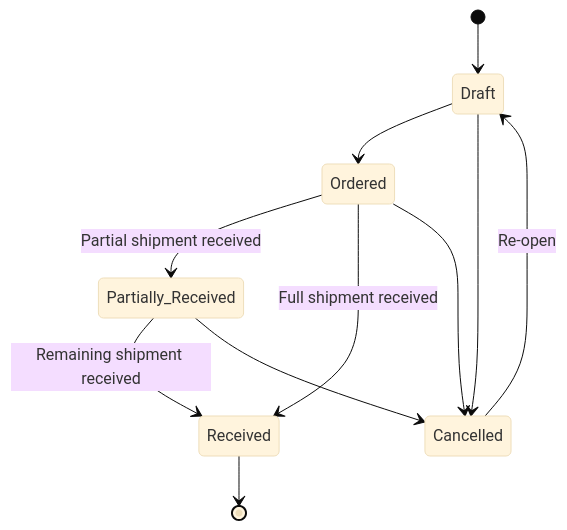
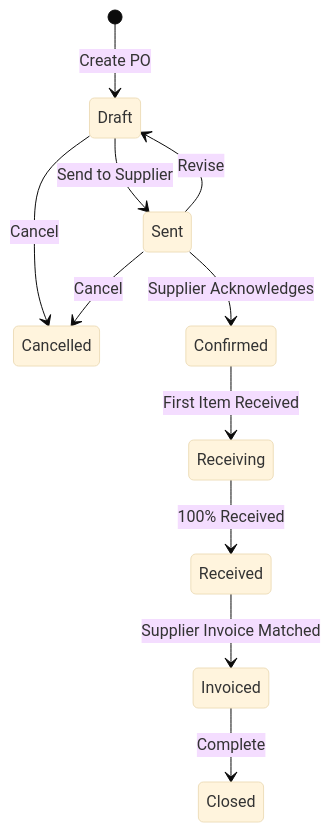
Before and after one commit to herobmdotcom/herobm: the diagram in docs/user/purchase_order_management.md, drawn with Mermaid (base theme). The commit also changed other lines of this file and 57 other files, not shown here.

````diff
--- a/docs/user/purchase_order_management.md
+++ b/docs/user/purchase_order_management.md
@@ -50,13 +48,15 @@
 ```mermaid
 stateDiagram-v2
-    [*] --> Draft
-    Draft --> Ordered
-    Draft --> Cancelled
-    Ordered --> Partially_Received : Partial shipment received
-    Ordered --> Received : Full shipment received
-    Ordered --> Cancelled
-    Partially_Received --> Received : Remaining shipment received
-    Partially_Received --> Cancelled
-    Received --> [*]
-    Cancelled --> Draft : Re-open
+    [*] --> Draft : Create PO
+    Draft --> Sent : Send to Supplier
+    Draft --> Cancelled : Cancel
+
+    Sent --> Confirmed : Supplier Acknowledges
+    Sent --> Draft : Revise
+    Sent --> Cancelled : Cancel
+
+    Confirmed --> Receiving : First Item Received
+    Receiving --> Received : 100% Received
+    Received --> Invoiced : Supplier Invoice Matched
+    Invoiced --> Closed : Complete
 ```
````
